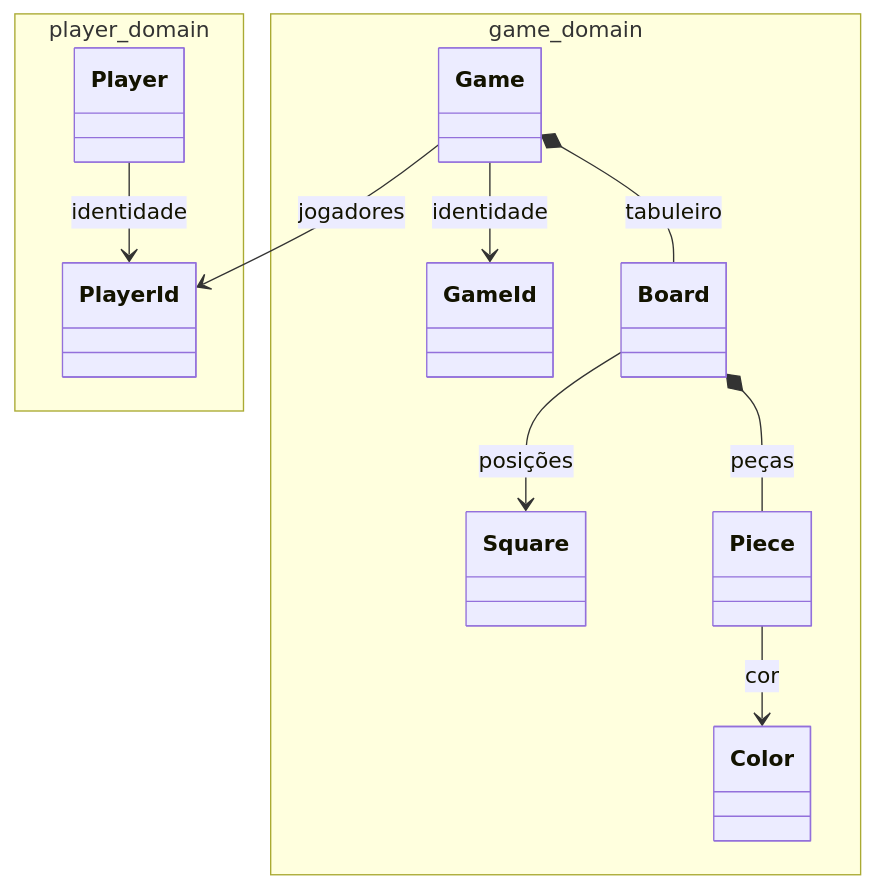
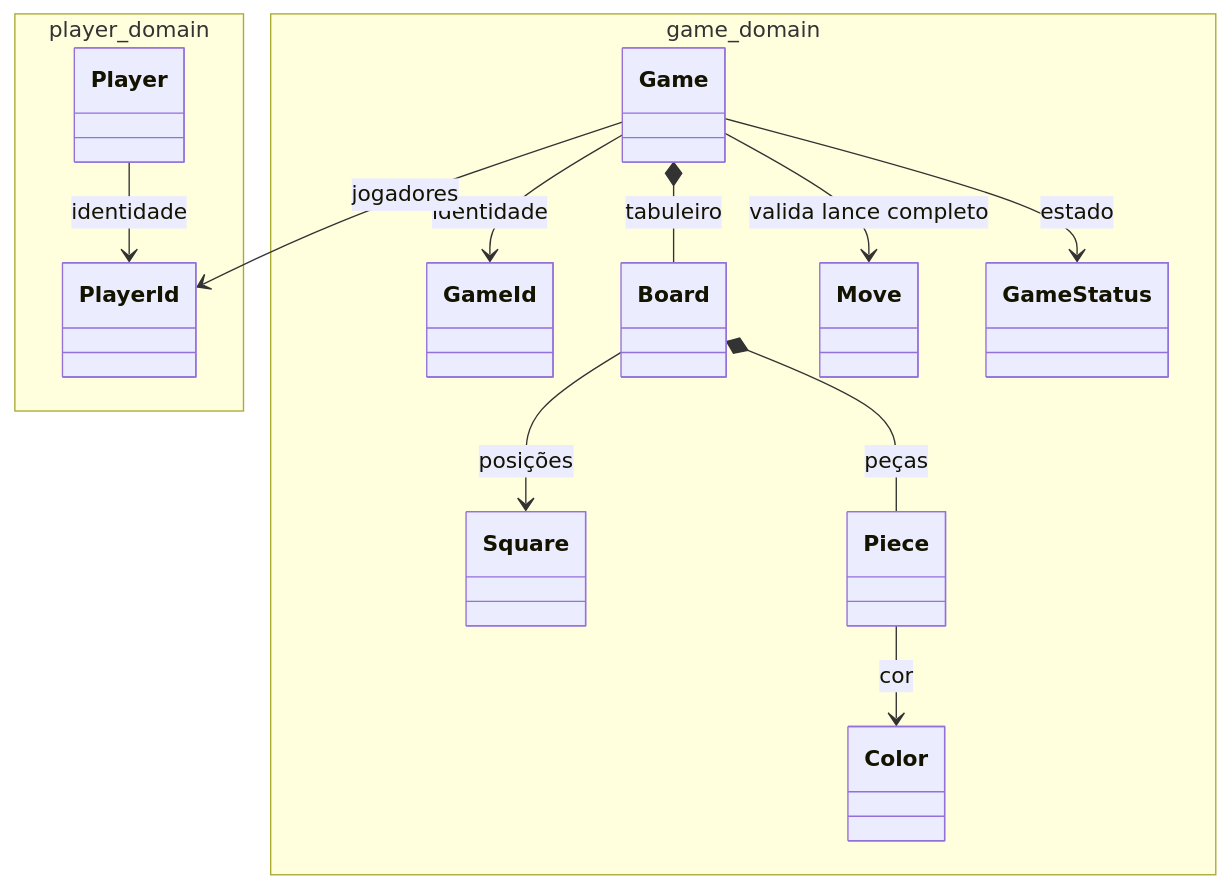
The diagram in docs/diagrams/domain-model.md (ralvesper/checkers-aws), drawn with Mermaid before and after one commit. The commit also changed other lines of this file and 43 other files, not shown here.

````diff
--- a/docs/diagrams/domain-model.md
+++ b/docs/diagrams/domain-model.md
@@ -3,22 +3,26 @@
 ```mermaid
 classDiagram
     namespace player_domain {
         class Player
         class PlayerId
     }
     namespace game_domain {
         class Game
         class GameId
         class Board
         class Square
         class Piece
         class Color
+        class Move
+        class GameStatus
     }
     Player --> PlayerId : identidade
     Game --> GameId : identidade
     Game --> PlayerId : jogadores
     Game *-- Board : tabuleiro
+    Game --> Move : valida lance completo
+    Game --> GameStatus : estado
     Board *-- Piece : peças
     Board --> Square : posições
     Piece --> Color : cor
 ```
````
